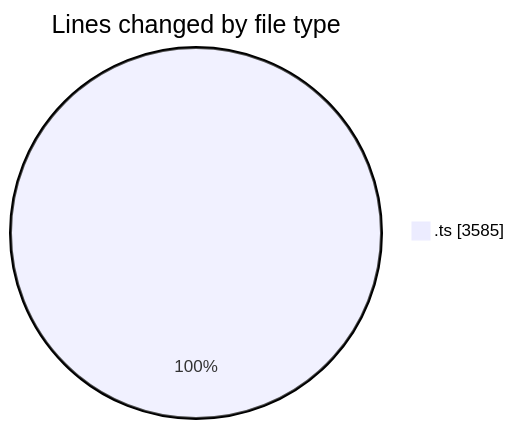
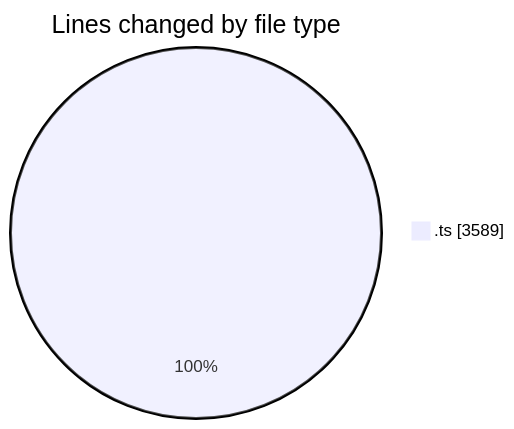
One commit to momahboobian/code-tracking changed the first of 2 diagrams in 2025-10-23/cda/README.md. Above: the diagram before and after it, drawn with Mermaid. The commit also changed other lines of this file and 1 other file, not shown here.

````diff
--- a/2025-10-23/cda/README.md
+++ b/2025-10-23/cda/README.md
@@ -24,5 +24,5 @@
 ```mermaid
 pie showData
 title Lines changed by file type
-".ts" : 3585
+".ts" : 3589
 ```
````
